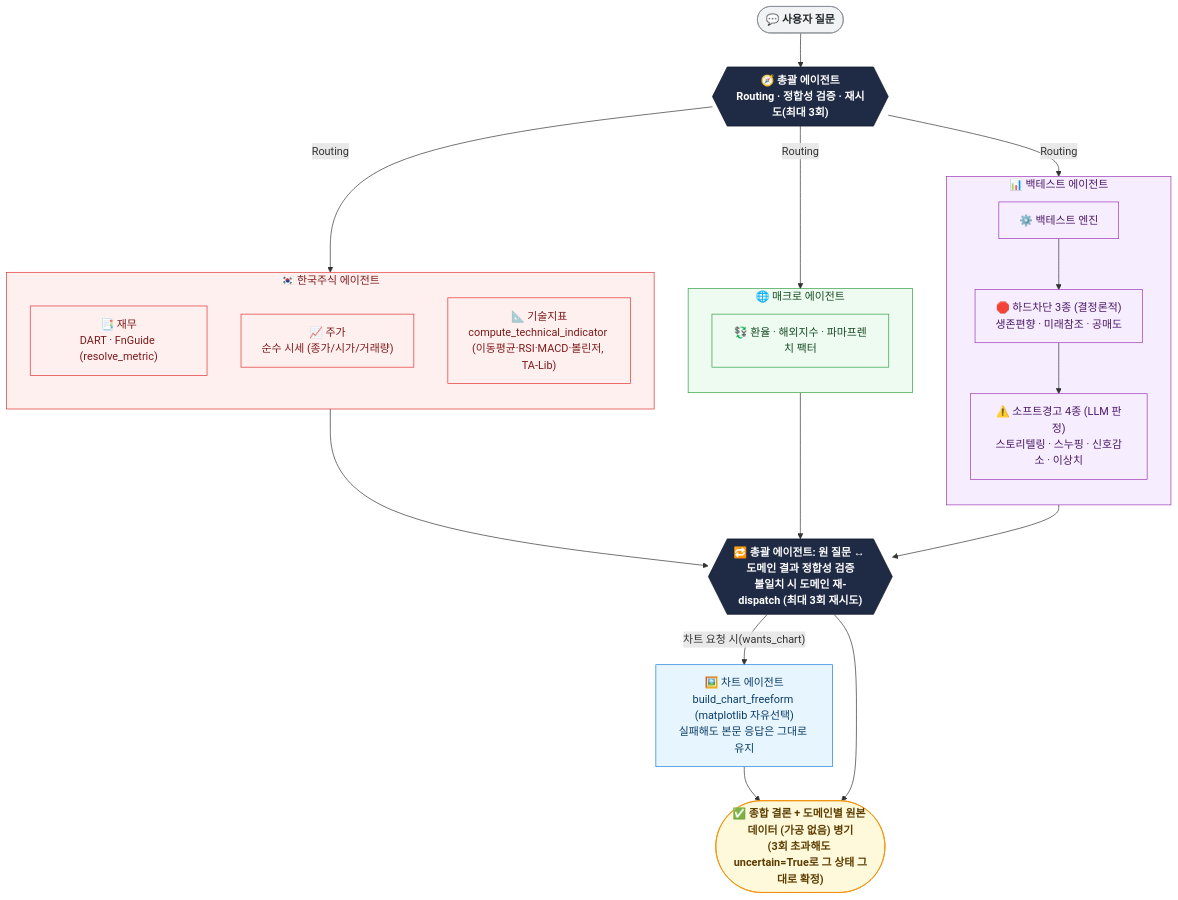
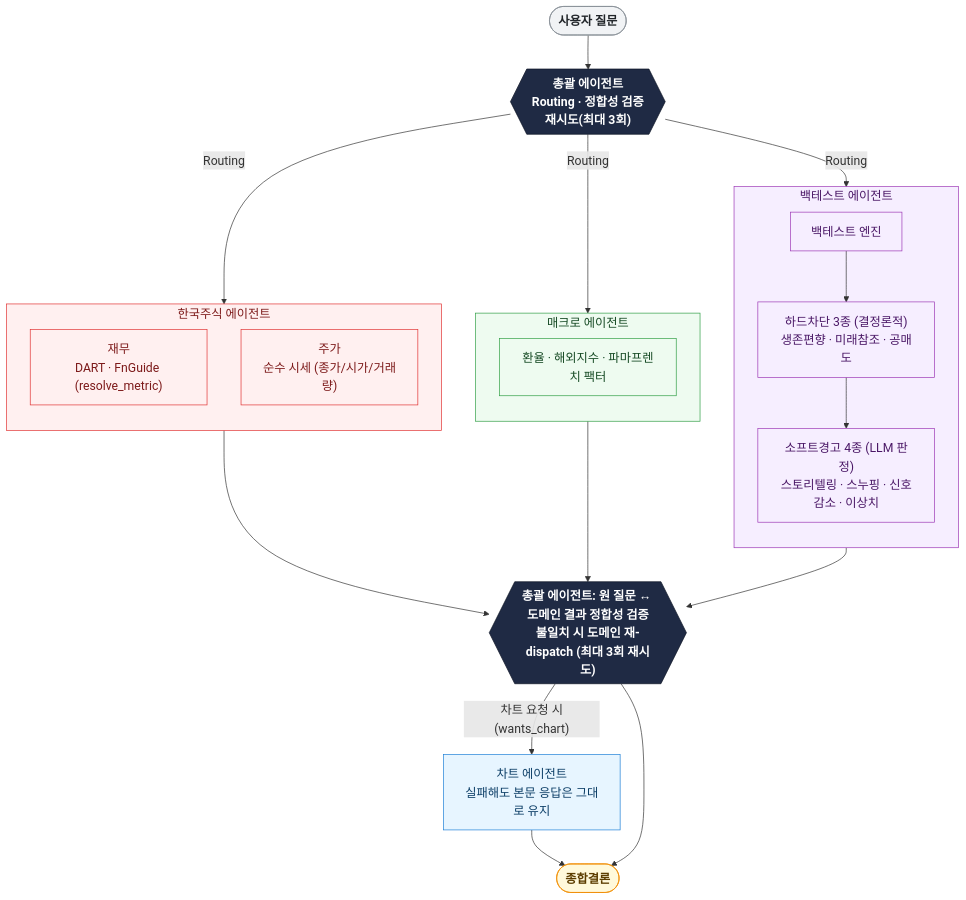
One commit to sonjong980304-tech/quant-assistant changed the diagram in README.md. Above: the diagram before and after it, drawn with Mermaid.

Commit message:
docs: 아키텍처 다이어그램 이모지 제거·간소화, 폰트 크기 소폭 확대

````diff
--- a/README.md
+++ b/README.md
@@ -26,61 +26,61 @@
 ```mermaid
+%%{init: {'themeVariables': {'fontSize': '18px'}}}%%
 flowchart TB
-    Q(["💬 사용자 질문"])
-    SUP{{"🧭 총괄 에이전트<br/>Routing · 정합성 검증 · 재시도(최대 3회)"}}
+    Q(["사용자 질문"])
+    SUP{{"총괄 에이전트<br/>Routing · 정합성 검증<br/>재시도(최대 3회)"}}
 
     Q --> SUP
 
-    subgraph KR_BOX["🇰🇷 한국주식 에이전트"]
+    subgraph KR_BOX["한국주식 에이전트"]
         direction TB
-        KR_FIN["📑 재무<br/>DART · FnGuide (resolve_metric)"]
-        KR_PRICE["📈 주가<br/>순수 시세 (종가/시가/거래량)"]
-        KR_TECH["📐 기술지표<br/>compute_technical_indicator (이동평균·RSI·MACD·볼린저, TA-Lib)"]
+        KR_FIN["재무<br/>DART · FnGuide (resolve_metric)"]
+        KR_PRICE["주가<br/>순수 시세 (종가/시가/거래량)"]
     end
 
-    subgraph MACRO_BOX["🌐 매크로 에이전트"]
+    subgraph MACRO_BOX["매크로 에이전트"]
         direction TB
-        MACRO_DATA["💱 환율 · 해외지수 · 파마프렌치 팩터"]
+        MACRO_DATA["환율 · 해외지수 · 파마프렌치 팩터"]
     end
 
-    subgraph BT_BOX["📊 백테스트 에이전트"]
+    subgraph BT_BOX["백테스트 에이전트"]
         direction TB
-        BT_PIPE["⚙️ 백테스트 엔진"]
-        BT_HARD["🛑 하드차단 3종 (결정론적)<br/>생존편향 · 미래참조 · 공매도"]
-        BT_SOFT["⚠️ 소프트경고 4종 (LLM 판정)<br/>스토리텔링 · 스누핑 · 신호감소 · 이상치"]
+        BT_PIPE["백테스트 엔진"]
+        BT_HARD["하드차단 3종 (결정론적)<br/>생존편향 · 미래참조 · 공매도"]
+        BT_SOFT["소프트경고 4종 (LLM 판정)<br/>스토리텔링 · 스누핑 · 신호감소 · 이상치"]
         BT_PIPE --> BT_HARD --> BT_SOFT
     end
 
     SUP -->|Routing| KR_BOX
     SUP -->|Routing| MACRO_BOX
     SUP -->|Routing| BT_BOX
 
     KR_BOX --> VERIFY
     MACRO_BOX --> VERIFY
     BT_BOX --> VERIFY
 
-    VERIFY{{"🔁 총괄 에이전트: 원 질문 ↔ 도메인 결과 정합성 검증<br/>불일치 시 도메인 재-dispatch (최대 3회 재시도)"}}
+    VERIFY{{"총괄 에이전트: 원 질문 ↔ 도메인 결과 정합성 검증<br/>불일치 시 도메인 재-dispatch (최대 3회 재시도)"}}
 
-    CHART["🖼️ 차트 에이전트<br/>build_chart_freeform (matplotlib 자유선택)<br/>실패해도 본문 응답은 그대로 유지"]
+    CHART["차트 에이전트<br/>실패해도 본문 응답은 그대로 유지"]
 
     VERIFY -->|"차트 요청 시(wants_chart)"| CHART
     CHART --> RESULT
     VERIFY --> RESULT
 
-    RESULT(["✅ 종합 결론 + 도메인별 원본 데이터 (가공 없음) 병기<br/>(3회 초과해도 uncertain=True로 그 상태 그대로 확정)"])
+    RESULT(["종합결론"])
 
     classDef q fill:#f1f3f5,stroke:#868e96,color:#212529,font-weight:bold
     classDef sup fill:#1f2a44,stroke:#0d1424,color:#ffffff,font-weight:bold
     classDef result fill:#fff9db,stroke:#f08c00,color:#5c3d00,font-weight:bold
     classDef kr fill:#fff0f0,stroke:#e03131,color:#7d1a1a
     classDef macro fill:#eefbf0,stroke:#2f9e44,color:#164a24
     classDef bt fill:#f6eeff,stroke:#9c36b5,color:#4a1766
     classDef chart fill:#e7f5ff,stroke:#1c7ed6,color:#0b3d66
 
     class Q q
     class SUP,VERIFY sup
     class RESULT result
-    class KR_BOX,KR_FIN,KR_PRICE,KR_TECH kr
+    class KR_BOX,KR_FIN,KR_PRICE kr
     class MACRO_BOX,MACRO_DATA macro
     class BT_BOX,BT_PIPE,BT_HARD,BT_SOFT bt
     class CHART chart
 ```
````
